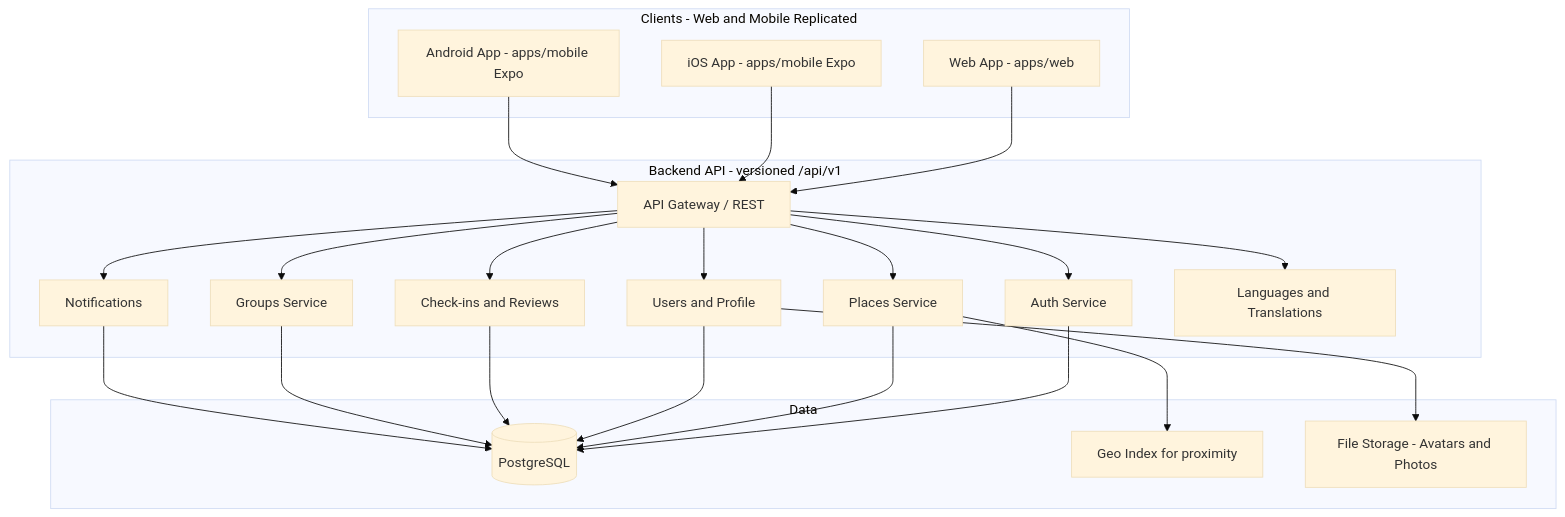
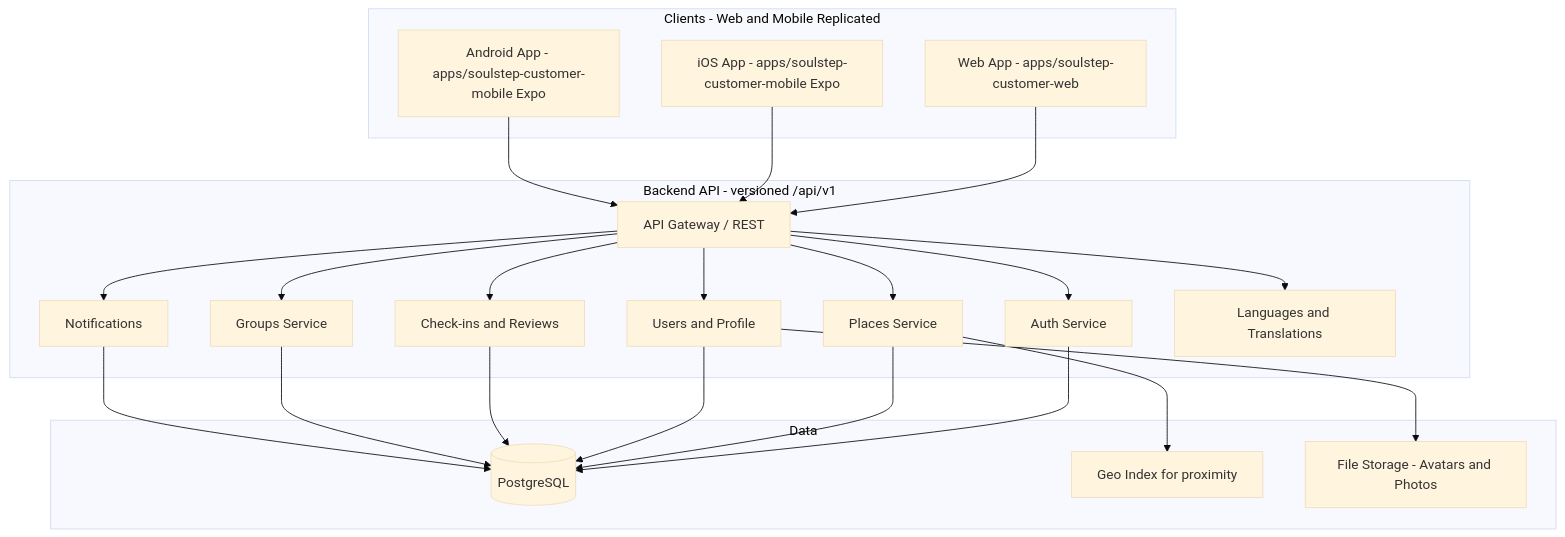
One commit to hussu97/pilgrimage-tracker changed the diagram in ARCHITECTURE.md. Above: the diagram before and after it, drawn with Mermaid (base theme). The commit also changed other lines of this file and 444 other files, not shown here.

````diff
--- a/ARCHITECTURE.md
+++ b/ARCHITECTURE.md
@@ -17,44 +17,44 @@
 ```mermaid
 flowchart TB
     subgraph clients [Clients - Web and Mobile Replicated]
-        Web[Web App - apps/web]
-        iOS[iOS App - apps/mobile Expo]
-        Android[Android App - apps/mobile Expo]
+        Web[Web App - apps/soulstep-customer-web]
+        iOS[iOS App - apps/soulstep-customer-mobile Expo]
+        Android[Android App - apps/soulstep-customer-mobile Expo]
     end
 
     subgraph api [Backend API - versioned /api/v1]
         Gateway[API Gateway / REST]
         Auth[Auth Service]
         Places[Places Service]
         Users[Users and Profile]
         CheckIns[Check-ins and Reviews]
         Groups[Groups Service]
         Notifications[Notifications]
         I18n[Languages and Translations]
     end
 
     subgraph data [Data]
         DB[(PostgreSQL)]
         Geo[Geo Index for proximity]
         Storage[File Storage - Avatars and Photos]
     end
 
     Web --> Gateway
     iOS --> Gateway
     Android --> Gateway
     Gateway --> Auth
     Gateway --> Places
     Gateway --> Users
     Gateway --> CheckIns
     Gateway --> Groups
     Gateway --> Notifications
     Gateway --> I18n
     Auth --> DB
     Places --> DB
     Places --> Geo
     Users --> DB
     Users --> Storage
     CheckIns --> DB
     Groups --> DB
     Notifications --> DB
 ```
````
